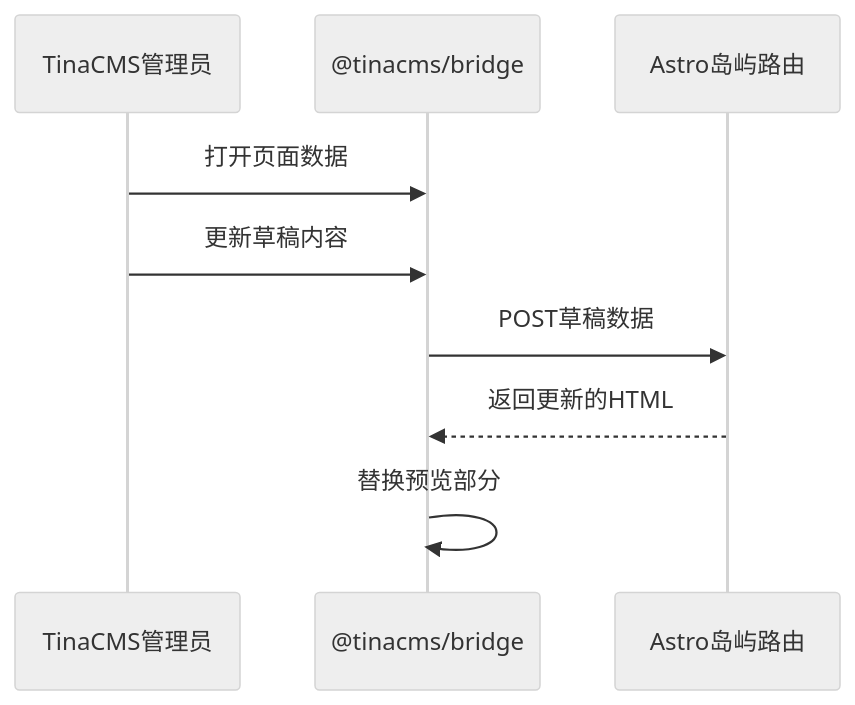
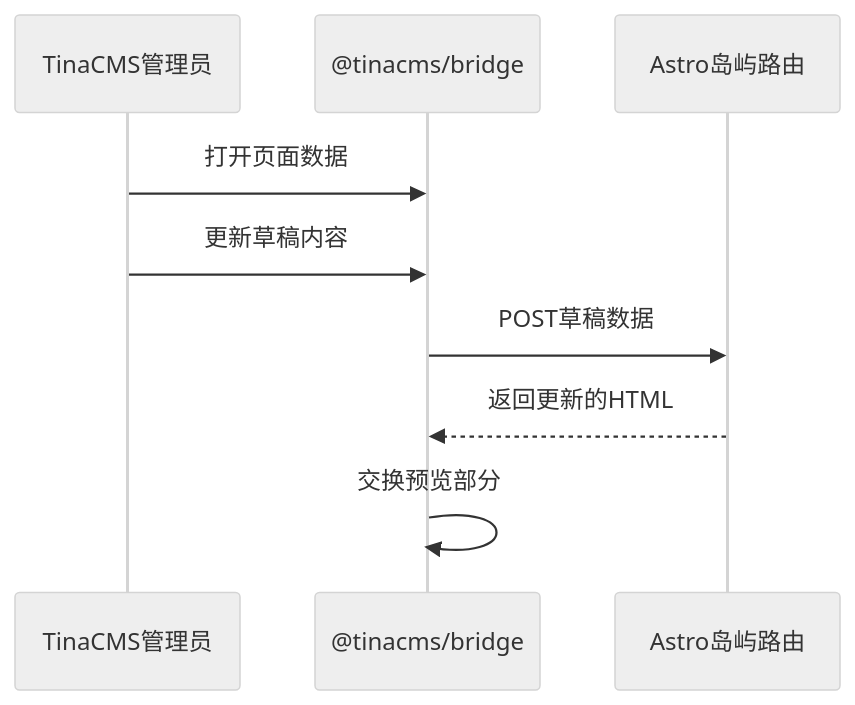
One commit to tinacms/tina.io changed the diagram in content/blog-zh/astro-is-the-default-tinacms-starter.mdx. Above: the diagram before and after it, drawn with Mermaid (neutral theme). The commit also changed other lines of this file, not shown here.

````diff
--- a/content/blog-zh/astro-is-the-default-tinacms-starter.mdx
+++ b/content/blog-zh/astro-is-the-default-tinacms-starter.mdx
@@ -106,12 +118,12 @@
 ```mermaid
 sequenceDiagram
     participant Admin as TinaCMS管理员
     participant Bridge as @tinacms/bridge
     participant Island as Astro岛屿路由
 
     Admin->>Bridge: 打开页面数据
     Admin->>Bridge: 更新草稿内容
     Bridge->>Island: POST草稿数据
     Island-->>Bridge: 返回更新的HTML
-    Bridge->>Bridge: 替换预览部分
+    Bridge->>Bridge: 交换预览部分
 ```
````
